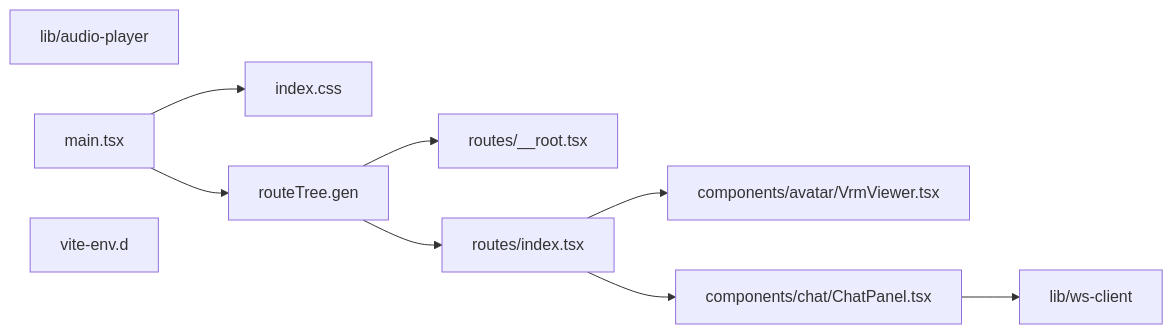
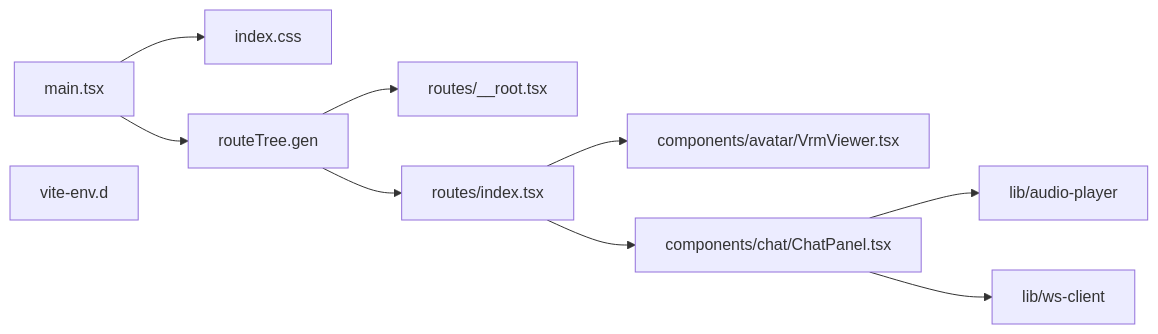
The diagram in apps/web/DEPS.md (OJII3/vicissitude), drawn with Mermaid before and after one commit. The commit also changed other lines of this file and 2 other files, not shown here.

First line of the commit message:
feat: ChatPanel に AudioPlayer を統合し音声再生機能を追加

````diff
--- a/apps/web/DEPS.md
+++ b/apps/web/DEPS.md
@@ -7,16 +7,17 @@
 ```mermaid
 graph LR
   components_avatar_VrmViewer.tsx["components/avatar/VrmViewer.tsx"]
+  components_chat_ChatPanel.tsx["components/chat/ChatPanel.tsx"] --> lib_audio_player["lib/audio-player"]
   components_chat_ChatPanel.tsx["components/chat/ChatPanel.tsx"] --> lib_ws_client["lib/ws-client"]
   index.css
   lib_audio_player["lib/audio-player"]
   lib_ws_client["lib/ws-client"]
   main.tsx --> index.css
   main.tsx --> routeTree.gen
   routeTree.gen --> routes___root.tsx["routes/__root.tsx"]
   routeTree.gen --> routes_index.tsx["routes/index.tsx"]
   routes___root.tsx["routes/__root.tsx"]
   routes_index.tsx["routes/index.tsx"] --> components_avatar_VrmViewer.tsx["components/avatar/VrmViewer.tsx"]
   routes_index.tsx["routes/index.tsx"] --> components_chat_ChatPanel.tsx["components/chat/ChatPanel.tsx"]
   vite_env.d["vite-env.d"]
 ```
````
